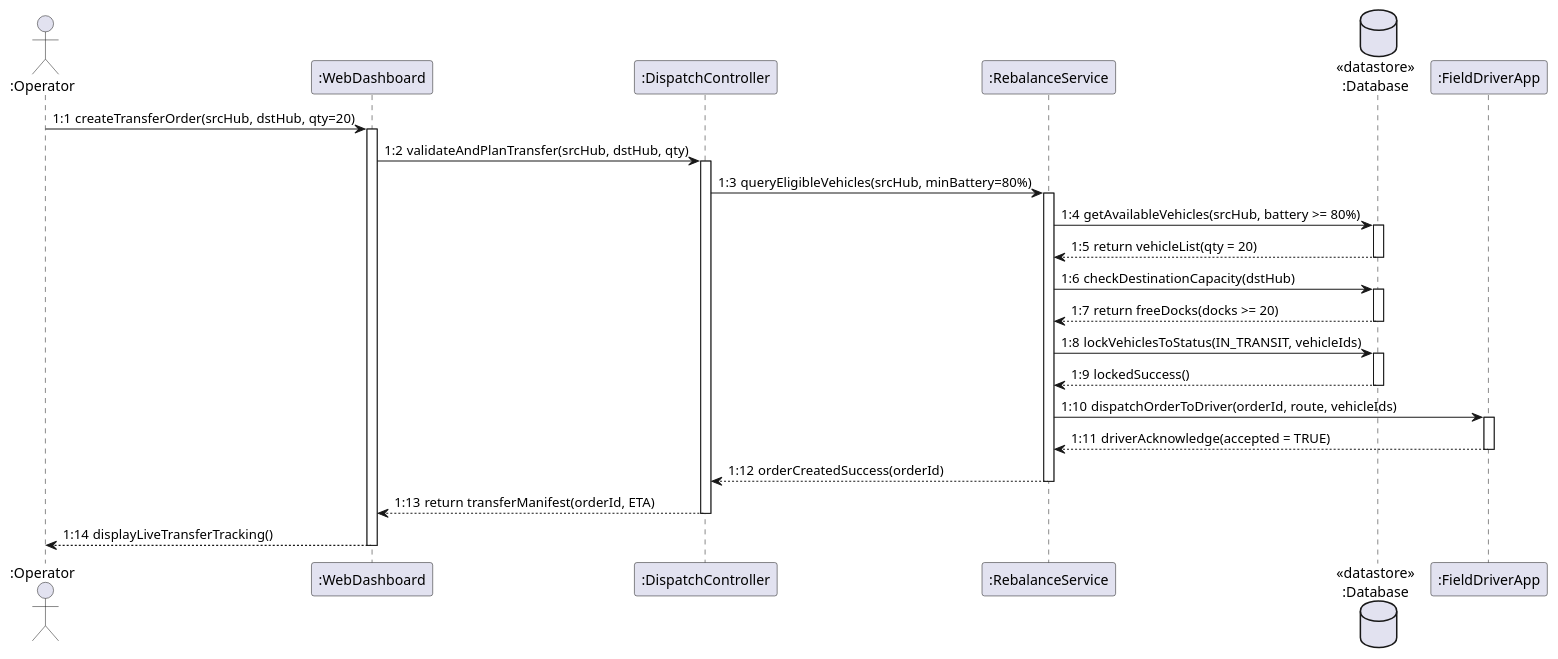
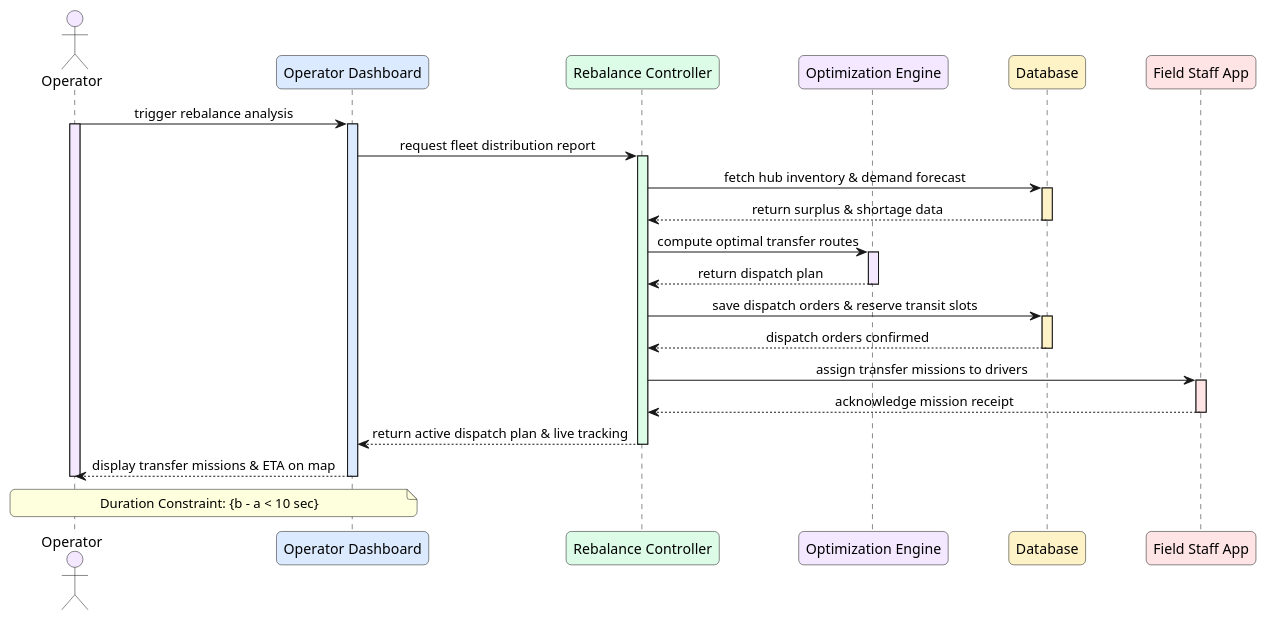
One commit to YdtTran/software-engineerning changed the ninth of 14 diagrams in 01_Diagram/02_Sequence_Diagram/PLANTUML_SEQUENCE.md. Above: the diagram before and after it, drawn with PlantUML. The commit also changed other lines of this file and 19 other files, not shown here.

Commit message:
feat(diagram): update sequence diagrams with slide-standard visuals and rendered pngs

````diff
--- a/01_Diagram/02_Sequence_Diagram/PLANTUML_SEQUENCE.md
+++ b/01_Diagram/02_Sequence_Diagram/PLANTUML_SEQUENCE.md
@@ -359,45 +419,56 @@
 ```plantuml
 @startuml
-skinparam responseMessageBelowArrow true
-autonumber "1:"
-actor ":Operator" as Admin
-participant ":WebDashboard" as UI
-participant ":DispatchController" as Ctrl
-participant ":RebalanceService" as Svc
-database "<<datastore>>\n:Database" as DB
-participant ":FieldDriverApp" as DriverApp
+skinparam sequenceMessageAlign center
+skinparam responseMessageBelowArrow false
+skinparam roundcorner 10
+skinparam ParticipantPadding 25
+skinparam BoxPadding 15
 
-Admin -> UI: createTransferOrder(srcHub, dstHub, qty=20)
-activate UI
-UI -> Ctrl: validateAndPlanTransfer(srcHub, dstHub, qty)
-activate Ctrl
-Ctrl -> Svc: queryEligibleVehicles(srcHub, minBattery=80%)
-activate Svc
-Svc -> DB: getAvailableVehicles(srcHub, battery >= 80%)
-activate DB
-DB --> Svc: return vehicleList(qty = 20)
+actor "Operator" as Op #f3e8ff
+participant "Operator Dashboard" as Dash #dbeafe
+participant "Rebalance Controller" as Ctrl #dcfce7
+participant "Optimization Engine" as Opt #f3e8ff
+participant "Database" as DB #fef3c7
+participant "Field Staff App" as Staff #ffe4e6
+
+Op -> Dash: trigger rebalance analysis
+activate Op #f3e8ff
+activate Dash #dbeafe
+
+Dash -> Ctrl: request fleet distribution report
+activate Ctrl #dcfce7
+
+Ctrl -> DB: fetch hub inventory & demand forecast
+activate DB #fef3c7
+
+DB --> Ctrl: return surplus & shortage data
 deactivate DB
 
-Svc -> DB: checkDestinationCapacity(dstHub)
-activate DB
-DB --> Svc: return freeDocks(docks >= 20)
+Ctrl -> Opt: compute optimal transfer routes
+activate Opt #f3e8ff
+
+Opt --> Ctrl: return dispatch plan
+deactivate Opt
+
+Ctrl -> DB: save dispatch orders & reserve transit slots
+activate DB #fef3c7
+
+DB --> Ctrl: dispatch orders confirmed
 deactivate DB
 
-Svc -> DB: lockVehiclesToStatus(IN_TRANSIT, vehicleIds)
-activate DB
-DB --> Svc: lockedSuccess()
-deactivate DB
+Ctrl -> Staff: assign transfer missions to drivers
+activate Staff #ffe4e6
 
-Svc -> DriverApp: dispatchOrderToDriver(orderId, route, vehicleIds)
-activate DriverApp
-DriverApp --> Svc: driverAcknowledge(accepted = TRUE)
-deactivate DriverApp
+Staff --> Ctrl: acknowledge mission receipt
+deactivate Staff
 
-Svc --> Ctrl: orderCreatedSuccess(orderId)
-deactivate Svc
-Ctrl --> UI: return transferManifest(orderId, ETA)
+Ctrl --> Dash: return active dispatch plan & live tracking
 deactivate Ctrl
-UI --> Admin: displayLiveTransferTracking()
-deactivate UI
+
+Dash --> Op: display transfer missions & ETA on map
+deactivate Dash
+deactivate Op
+
+note over Op, Dash: Duration Constraint: {b - a < 10 sec}
 @enduml
 ```
````
